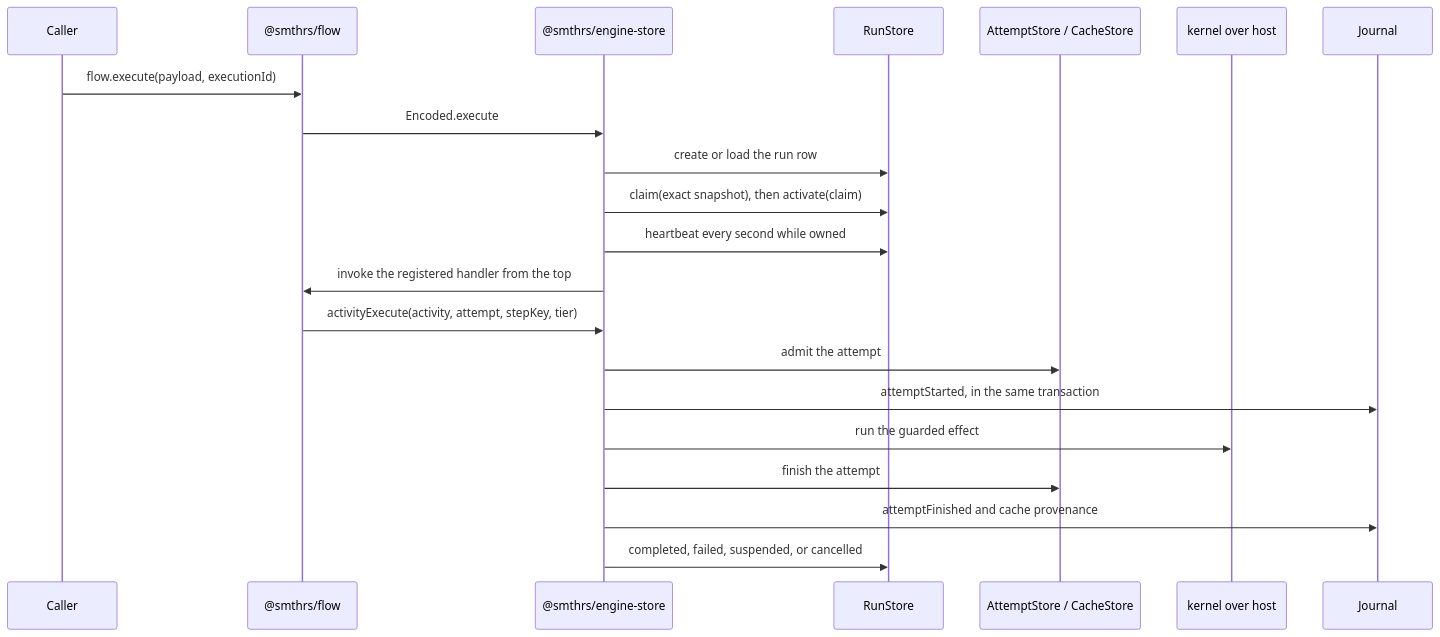
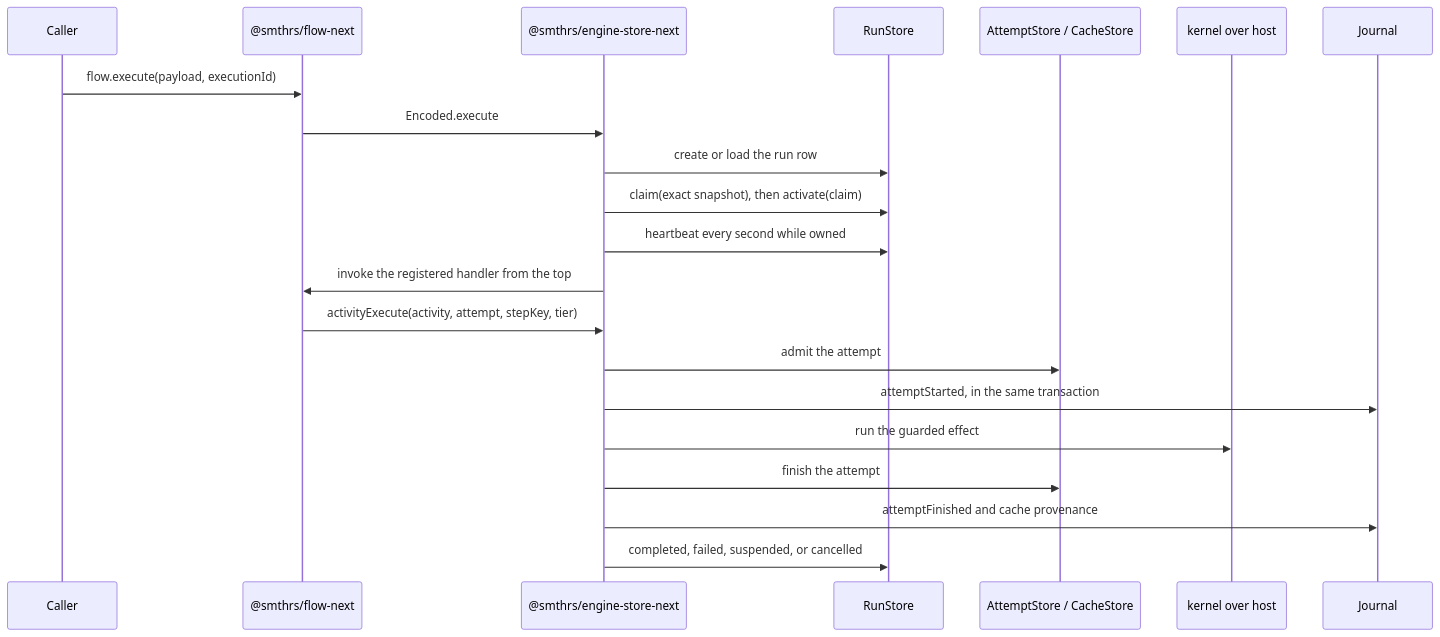
The second of 2 diagrams in docs/pages/architecture.md (smithersai/flows), drawn with Mermaid before and after one commit. The commit also changed other lines of this file and 519 other files, not shown here.

First line of the commit message:
🚚 refactor(packages): rename @smthrs/* to temporary @smthrs/*-next

````diff
--- a/docs/pages/architecture.md
+++ b/docs/pages/architecture.md
@@ -111,24 +111,24 @@
 ```mermaid
 sequenceDiagram
   participant Caller
-  participant Flow as @smthrs/flow
-  participant Driver as @smthrs/engine-store
+  participant Flow as @smthrs/flow-next
+  participant Driver as @smthrs/engine-store-next
   participant Runs as RunStore
   participant Rows as AttemptStore / CacheStore
   participant Host as kernel over host
   participant Log as Journal
 
   Caller->>Flow: flow.execute(payload, executionId)
   Flow->>Driver: Encoded.execute
   Driver->>Runs: create or load the run row
   Driver->>Runs: claim(exact snapshot), then activate(claim)
   Driver->>Runs: heartbeat every second while owned
   Driver->>Flow: invoke the registered handler from the top
   Flow->>Driver: activityExecute(activity, attempt, stepKey, tier)
   Driver->>Rows: admit the attempt
   Driver->>Log: attemptStarted, in the same transaction
   Driver->>Host: run the guarded effect
   Driver->>Rows: finish the attempt
   Driver->>Log: attemptFinished and cache provenance
   Driver->>Runs: completed, failed, suspended, or cancelled
 ```
````
